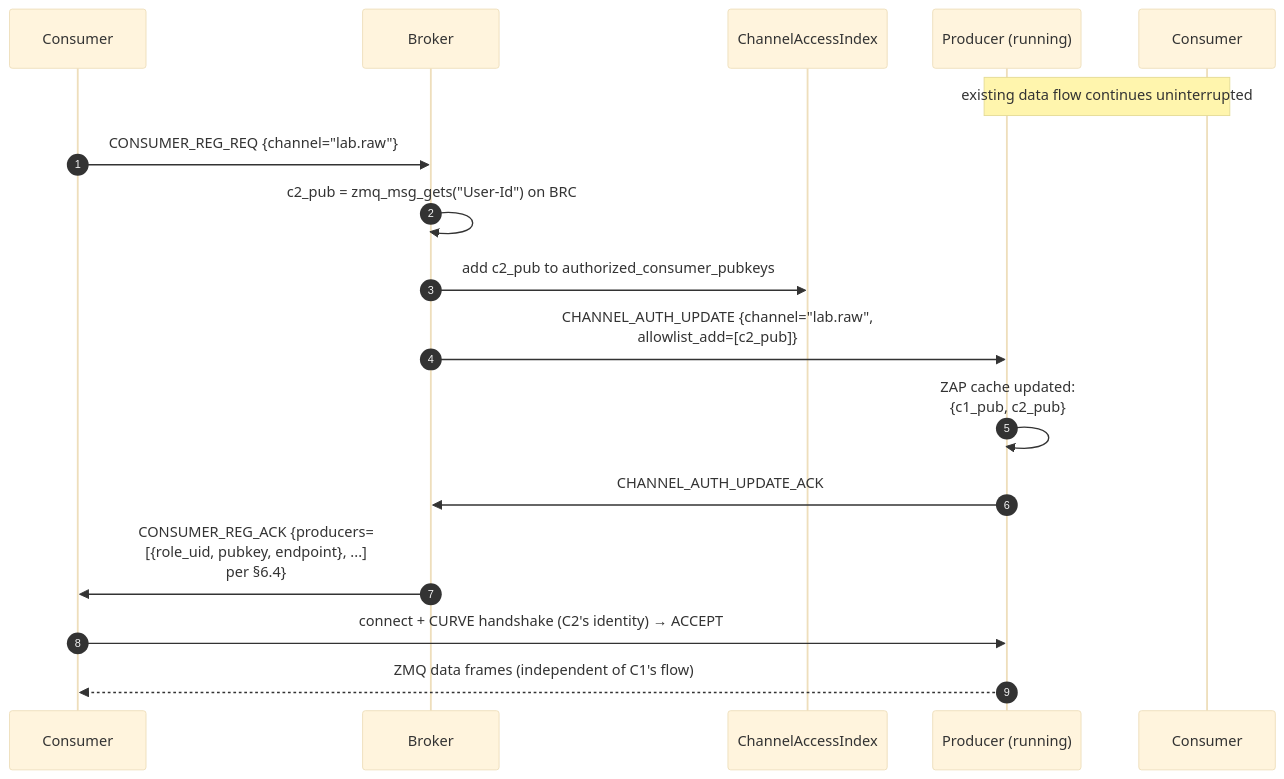
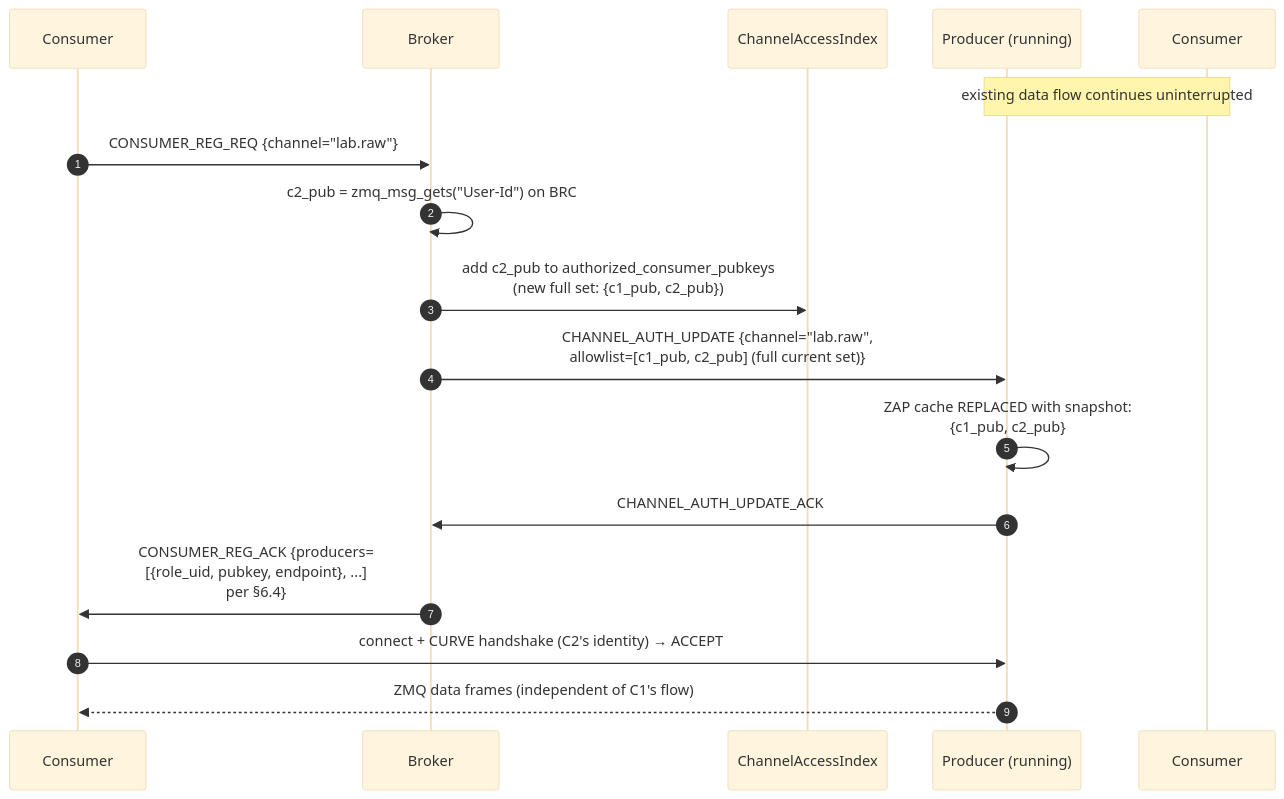
One commit to Qing-LAB/pylabhub changed the fifth of 11 diagrams in docs/HEP/HEP-CORE-0036-Authenticated-Connection-Establishment.md. Above: the diagram before and after it, drawn with Mermaid (base theme). The commit also changed other lines of this file and 4 other files, not shown here.

````diff
--- a/docs/HEP/HEP-CORE-0036-Authenticated-Connection-Establishment.md
+++ b/docs/HEP/HEP-CORE-0036-Authenticated-Connection-Establishment.md
@@ -781,21 +785,21 @@
 ```mermaid
 sequenceDiagram
     autonumber
     participant C2 as Consumer #2 (new)
     participant B as Broker
     participant AI as ChannelAccessIndex
     participant P as Producer (running)
     participant C1 as Consumer #1<br/>(already Authorized)
 
     Note over P,C1: existing data flow continues uninterrupted
 
     C2->>B: CONSUMER_REG_REQ {channel="lab.raw"}
     B->>B: c2_pub = zmq_msg_gets("User-Id") on BRC
-    B->>AI: add c2_pub to authorized_consumer_pubkeys
-    B->>P: CHANNEL_AUTH_UPDATE {channel="lab.raw",<br/>allowlist_add=[c2_pub]}
-    P->>P: ZAP cache updated:<br/>{c1_pub, c2_pub}
+    B->>AI: add c2_pub to authorized_consumer_pubkeys<br/>(new full set: {c1_pub, c2_pub})
+    B->>P: CHANNEL_AUTH_UPDATE {channel="lab.raw",<br/>allowlist=[c1_pub, c2_pub] (full current set)}
+    P->>P: ZAP cache REPLACED with snapshot:<br/>{c1_pub, c2_pub}
     P->>B: CHANNEL_AUTH_UPDATE_ACK
     B->>C2: CONSUMER_REG_ACK {producers=<br/>[{role_uid, pubkey, endpoint}, ...]<br/>per §6.4}
     C2->>P: connect + CURVE handshake (C2's identity) → ACCEPT
     P-->>C2: ZMQ data frames (independent of C1's flow)
 ```
````
